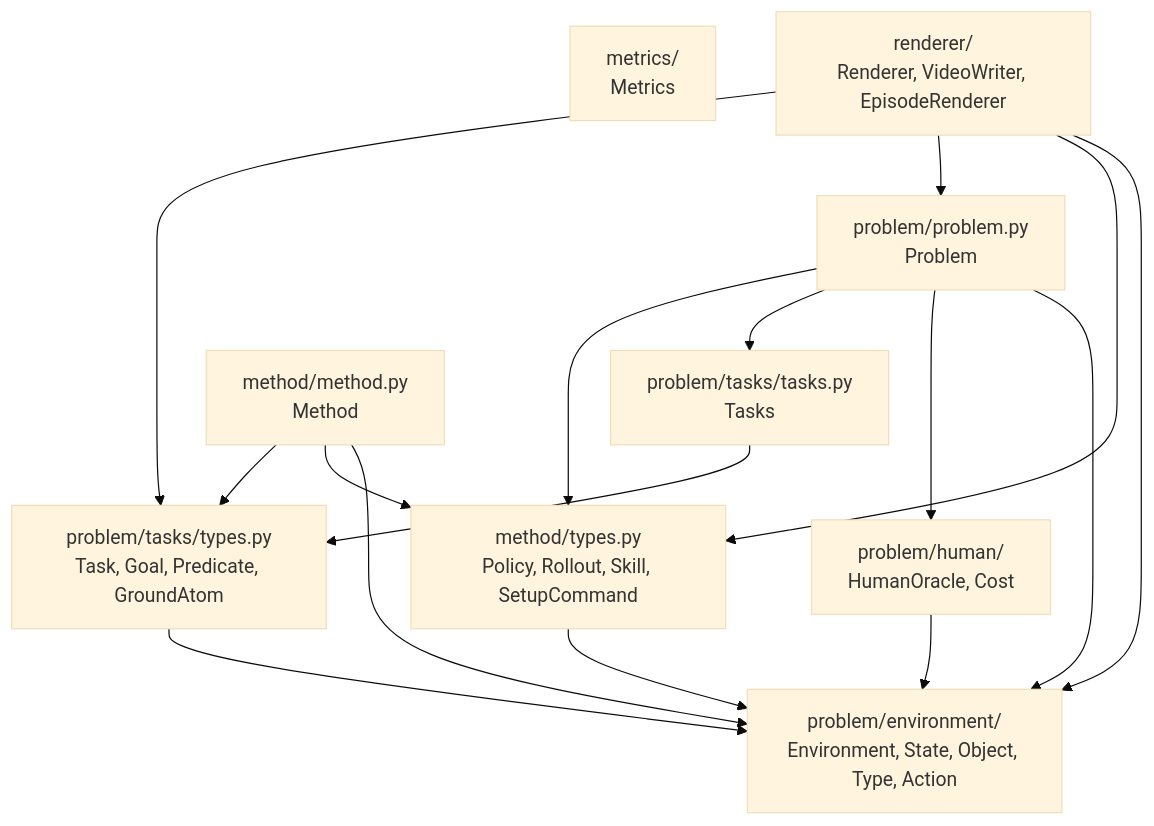
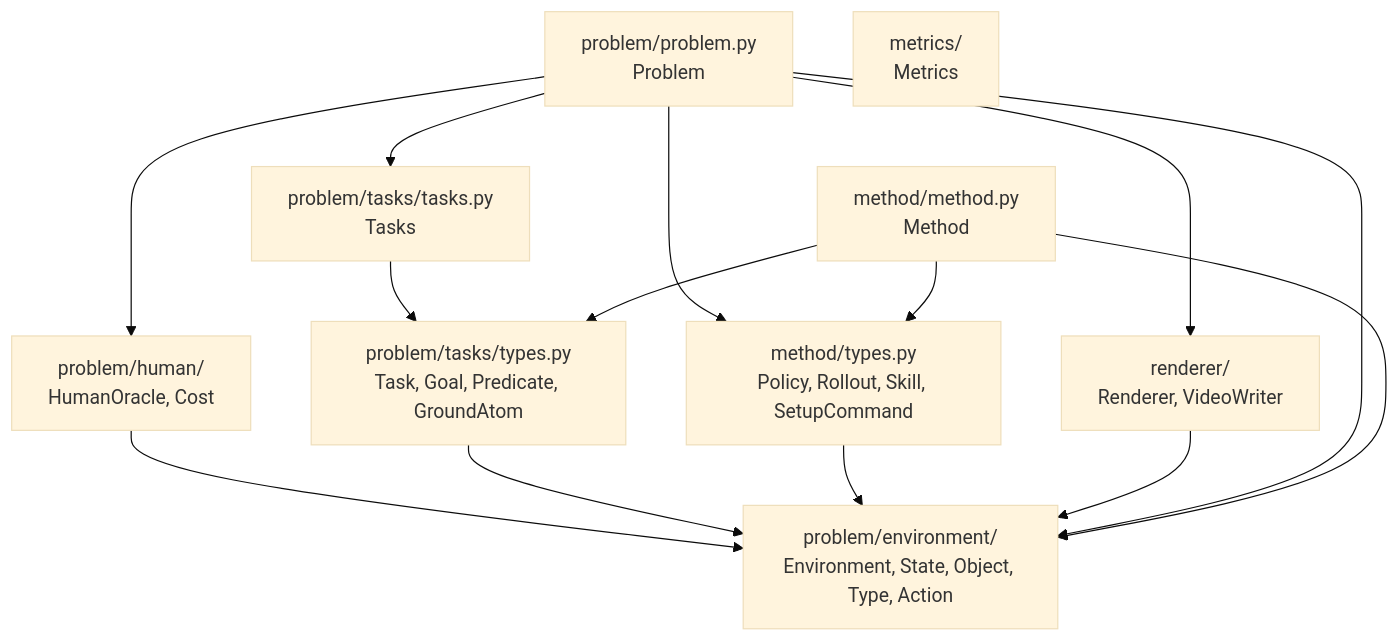
Before and after one commit to joshnroy/human-in-the-loop-practice-makes-perfect: the diagram in src/hitl_pmp/core/README.md, drawn with Mermaid (base theme). The commit also changed other lines of this file and 9 other files, not shown here.

````diff
--- a/src/hitl_pmp/core/README.md
+++ b/src/hitl_pmp/core/README.md
@@ -247,28 +260,26 @@
 ```mermaid
 graph TD
     env["problem/environment/<br/>Environment, State, Object, Type, Action"]
     ho["problem/human/<br/>HumanOracle, Cost"]
     tasktypes["problem/tasks/types.py<br/>Task, Goal, Predicate, GroundAtom"]
     tasks["problem/tasks/tasks.py<br/>Tasks"]
     mtypes["method/types.py<br/>Policy, Rollout, Skill, SetupCommand"]
+    renderer["renderer/<br/>Renderer, VideoWriter"]
     problem["problem/problem.py<br/>Problem"]
     method["method/method.py<br/>Method"]
     metrics["metrics/<br/>Metrics"]
-    renderer["renderer/<br/>Renderer, VideoWriter, EpisodeRenderer"]
 
     ho --> env
     tasktypes --> env
     tasks --> tasktypes
     mtypes --> env
+    renderer --> env
     problem --> env
     problem --> ho
     problem --> tasks
     problem --> mtypes
+    problem --> renderer
     method --> env
     method --> mtypes
     method --> tasktypes
-    renderer --> env
-    renderer --> mtypes
-    renderer --> problem
-    renderer --> tasktypes
 ```
````
